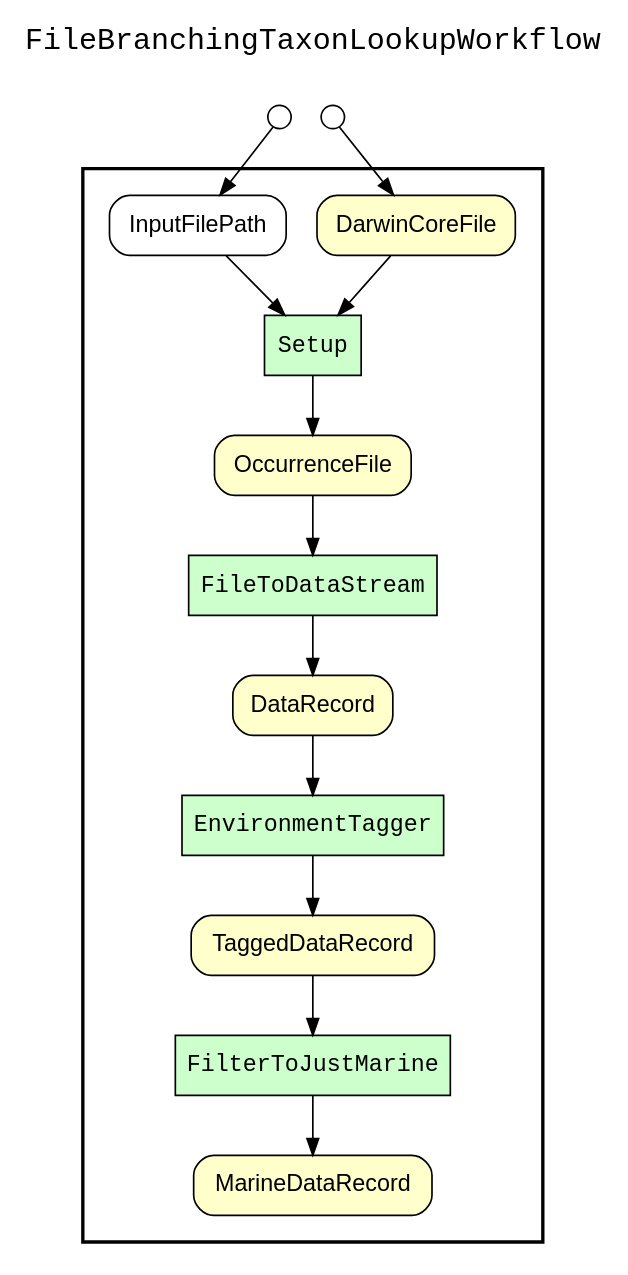
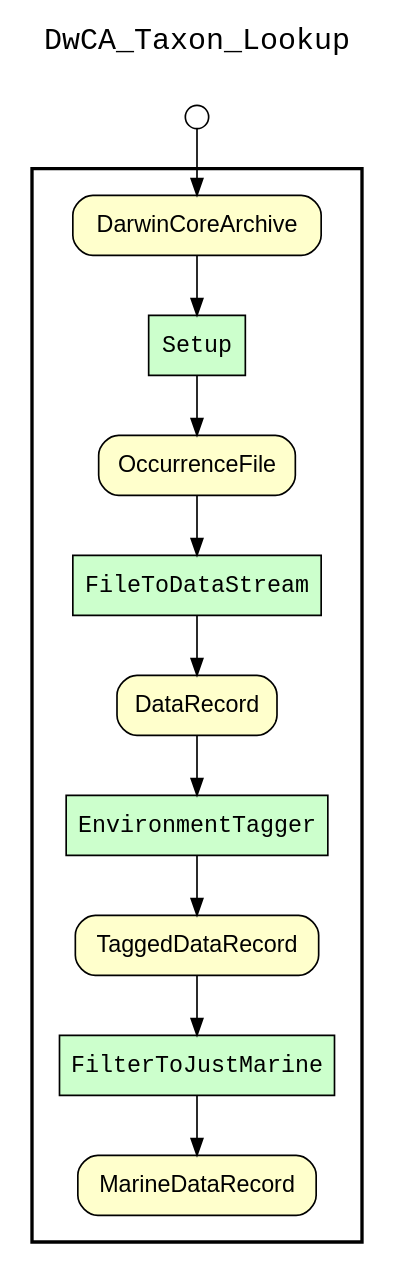
The diagram in kurator_FileBranchingTaxonLookup/workflows/results/wf_upstream_of_MarineDataRecord.gv (kurator-org/kurator-TDWG17-YW), drawn with Graphviz before and after one commit. The commit also changed 68 other files, not shown here.

```diff
--- a/kurator_FileBranchingTaxonLookup/workflows/results/wf_upstream_of_MarineDataRecord.gv
+++ b/kurator_FileBranchingTaxonLookup/workflows/results/wf_upstream_of_MarineDataRecord.gv
@@ -1,44 +1,40 @@
 
 digraph yw_data_view {
 rankdir=TB
 fontname=Courier; fontsize=18; labelloc=t
-label="FileBranchingTaxonLookupWorkflow"
+label="DwCA_Taxon_Lookup"
 subgraph cluster_workflow { label=""; color=black; penwidth=2
 subgraph cluster_workflow_inner { label=""; color=white
 node[shape=box style="filled" fillcolor="#CCFFCC" peripheries=1 fontname=Courier]
 EnvironmentTagger
 FileToDataStream
 Setup
 FilterToJustMarine
 node[shape=box style="filled" fillcolor="#CCFFCC" peripheries=1 fontname=Courier]
 node[shape=box style="rounded,filled" fillcolor="#FFFFCC" peripheries=1 fontname=Helvetica]
-DarwinCoreFile
+DarwinCoreArchive
 OccurrenceFile
 DataRecord
 TaggedDataRecord
 MarineDataRecord
 node[shape=box style="rounded,filled" fillcolor="#FFFFFF" peripheries=1 fontname=Helvetica]
-InputFilePath
 }}
 subgraph cluster_inflows { label=""; color=white; penwidth=2
 subgraph cluster_inflows_inner { label=""; color=white
 node[shape=circle fillcolor="#FFFFFF" peripheries=1 width=0.2]
-DarwinCoreFile_inflow [label=""]
-InputFilePath_inflow [label=""]
+DarwinCoreArchive_inflow [label=""]
 }}
 subgraph cluster_outflows { label=""; color=white; penwidth=2
 subgraph cluster_outflows_inner { label=""; color=white
 node[shape=circle fillcolor="#FFFFFF" peripheries=1 width=0.2]
 }}
 TaggedDataRecord -> FilterToJustMarine
 DataRecord -> EnvironmentTagger
 OccurrenceFile -> FileToDataStream
-DarwinCoreFile -> Setup
-InputFilePath -> Setup
+DarwinCoreArchive -> Setup
 Setup -> OccurrenceFile
 FileToDataStream -> DataRecord
 EnvironmentTagger -> TaggedDataRecord
 FilterToJustMarine -> MarineDataRecord
-DarwinCoreFile_inflow -> DarwinCoreFile
-InputFilePath_inflow -> InputFilePath
+DarwinCoreArchive_inflow -> DarwinCoreArchive
 }
```
